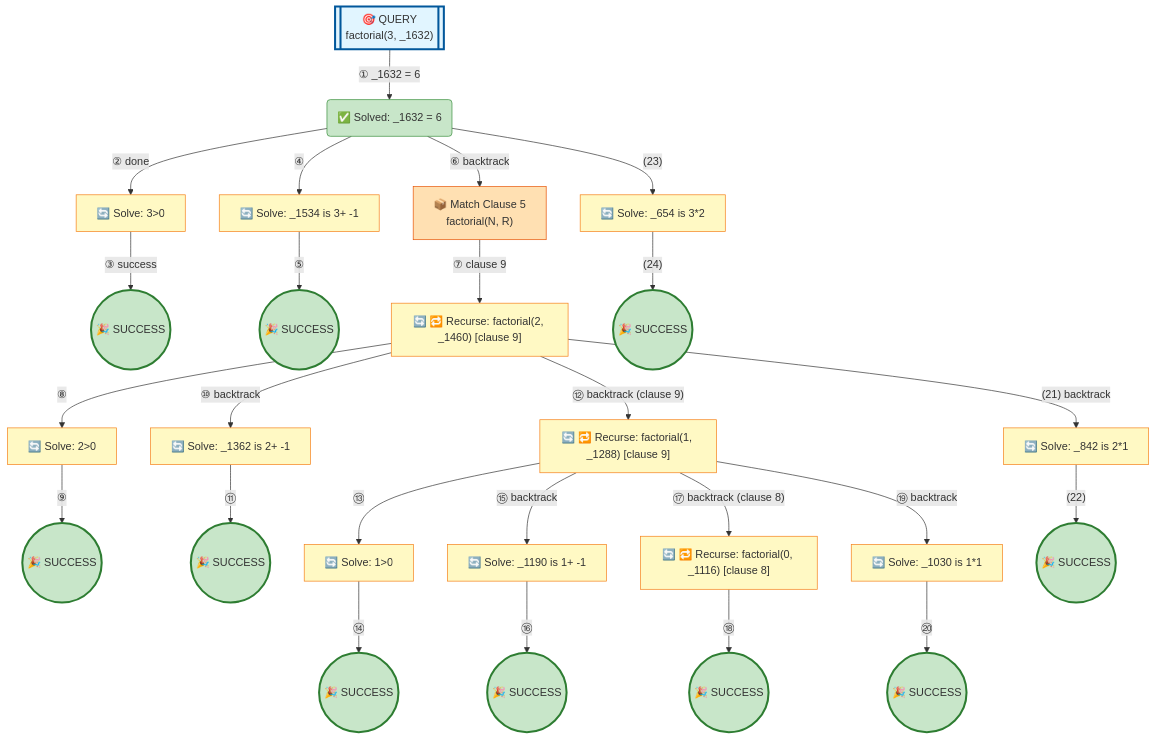
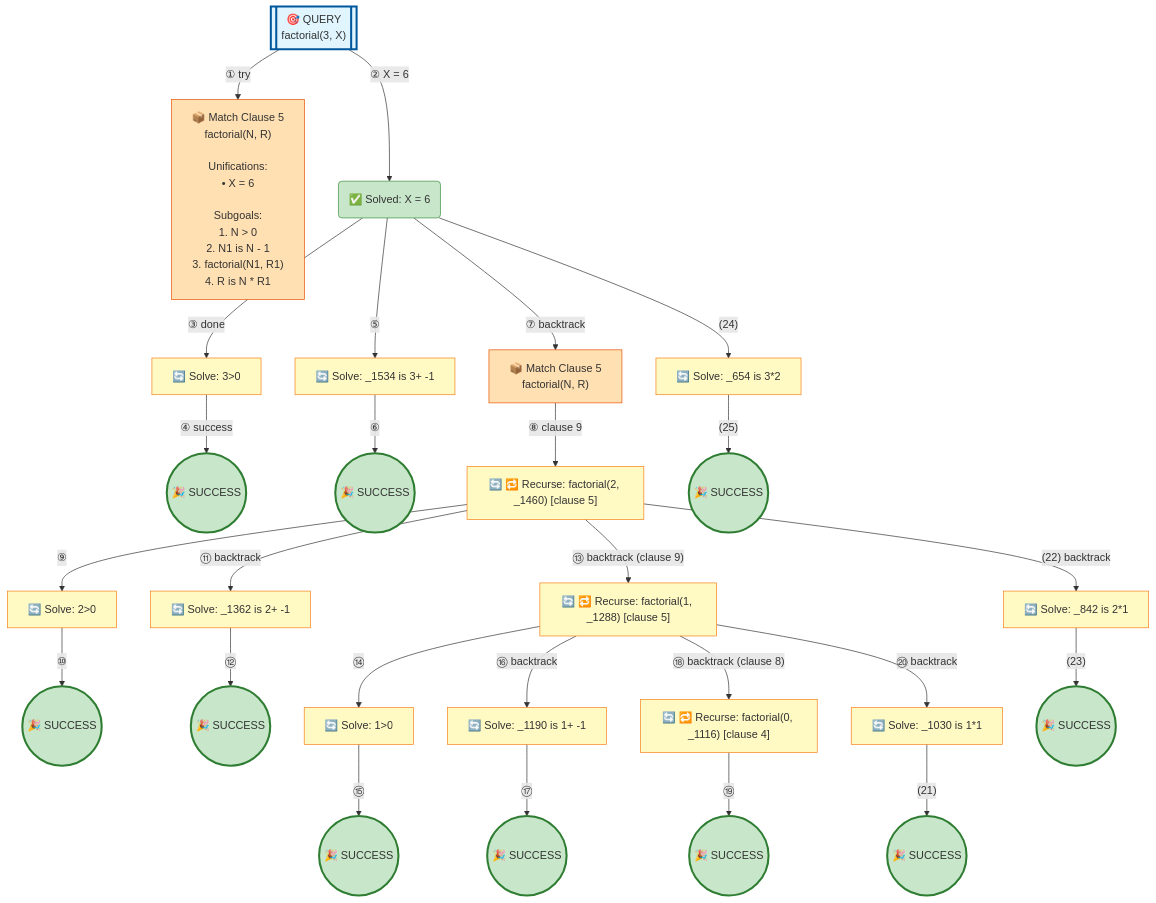
Before and after one commit to jarecsni/prolog-trace-viz: the diagram in examples/factorial-full.md, drawn with Mermaid. The commit also changed other lines of this file and 26 other files, not shown here.

````diff
--- a/examples/factorial-full.md
+++ b/examples/factorial-full.md
@@ -17,82 +17,85 @@
 graph TD
 
 %% Nodes
-A[["🎯 QUERY<br/>factorial(3, _1632)"]]
-B("✅ Solved: _1632 = 6")
-C["🔄 Solve: 3>0"]
-D(("🎉 SUCCESS"))
-E["🔄 Solve: _1534 is 3+ -1"]
-F(("🎉 SUCCESS"))
-G["📦 Match Clause 5<br/>factorial(N, R)"]
-H["🔄 🔁 Recurse: factorial(2, _1460) [clause 9]"]
-I["🔄 Solve: 2>0"]
-J(("🎉 SUCCESS"))
-K["🔄 Solve: _1362 is 2+ -1"]
-L(("🎉 SUCCESS"))
-M["🔄 🔁 Recurse: factorial(1, _1288) [clause 9]"]
-N["🔄 Solve: 1>0"]
-O(("🎉 SUCCESS"))
-P["🔄 Solve: _1190 is 1+ -1"]
-Q(("🎉 SUCCESS"))
-R["🔄 🔁 Recurse: factorial(0, _1116) [clause 8]"]
-S(("🎉 SUCCESS"))
-T["🔄 Solve: _1030 is 1*1"]
-U(("🎉 SUCCESS"))
-V["🔄 Solve: _842 is 2*1"]
-W(("🎉 SUCCESS"))
-X["🔄 Solve: _654 is 3*2"]
-Y(("🎉 SUCCESS"))
+A[["🎯 QUERY<br/>factorial(3, X)"]]
+B["📦 Match Clause 5<br/>factorial(N, R)<br/><br/>Unifications:<br/>• X = 6<br/><br/>Subgoals:<br/>1. N > 0<br/>2. N1 is N - 1<br/>3. factorial(N1, R1)<br/>4. R is N * R1"]
+C("✅ Solved: X = 6")
+D["🔄 Solve: 3>0"]
+E(("🎉 SUCCESS"))
+F["🔄 Solve: _1534 is 3+ -1"]
+G(("🎉 SUCCESS"))
+H["📦 Match Clause 5<br/>factorial(N, R)"]
+I["🔄 🔁 Recurse: factorial(2, _1460) [clause 5]"]
+J["🔄 Solve: 2>0"]
+K(("🎉 SUCCESS"))
+L["🔄 Solve: _1362 is 2+ -1"]
+M(("🎉 SUCCESS"))
+N["🔄 🔁 Recurse: factorial(1, _1288) [clause 5]"]
+O["🔄 Solve: 1>0"]
+P(("🎉 SUCCESS"))
+Q["🔄 Solve: _1190 is 1+ -1"]
+R(("🎉 SUCCESS"))
+S["🔄 🔁 Recurse: factorial(0, _1116) [clause 4]"]
+T(("🎉 SUCCESS"))
+U["🔄 Solve: _1030 is 1*1"]
+V(("🎉 SUCCESS"))
+W["🔄 Solve: _842 is 2*1"]
+X(("🎉 SUCCESS"))
+Y["🔄 Solve: _654 is 3*2"]
+Z(("🎉 SUCCESS"))
 
 %% Edges
-A -->|"① _1632 = 6"| B
-B -->|"② done"| C
-C -->|"③ success"| D
-B -->|"④"| E
-E -->|"⑤"| F
-B -->|"⑥ backtrack"| G
-G -->|"⑦ clause 9"| H
-H -->|"⑧"| I
+A -->|"① try"| B
+A -->|"② X = 6"| C
+C -->|"③ done"| D
+D -->|"④ success"| E
+C -->|"⑤"| F
+F -->|"⑥"| G
+C -->|"⑦ backtrack"| H
+H -->|"⑧ clause 9"| I
 I -->|"⑨"| J
-H -->|"⑩ backtrack"| K
-K -->|"⑪"| L
-H -->|"⑫ backtrack (clause 9)"| M
-M -->|"⑬"| N
+J -->|"⑩"| K
+I -->|"⑪ backtrack"| L
+L -->|"⑫"| M
+I -->|"⑬ backtrack (clause 9)"| N
 N -->|"⑭"| O
-M -->|"⑮ backtrack"| P
-P -->|"⑯"| Q
-M -->|"⑰ backtrack (clause 8)"| R
-R -->|"⑱"| S
-M -->|"⑲ backtrack"| T
-T -->|"⑳"| U
-H -->|"(21) backtrack"| V
-V -->|"(22)"| W
-B -->|"(23)"| X
-X -->|"(24)"| Y
+O -->|"⑮"| P
+N -->|"⑯ backtrack"| Q
+Q -->|"⑰"| R
+N -->|"⑱ backtrack (clause 8)"| S
+S -->|"⑲"| T
+N -->|"⑳ backtrack"| U
+U -->|"(21)"| V
+I -->|"(22) backtrack"| W
+W -->|"(23)"| X
+C -->|"(24)"| Y
+Y -->|"(25)"| Z
 
 %% Styles
 style A fill:#e1f5ff,stroke:#01579b,stroke-width:3px
-style B fill:#c8e6c9,stroke:#388e3c
-style C fill:#fff9c4,stroke:#f57f17
-style D fill:#c8e6c9,stroke:#2e7d32,stroke-width:3px
-style E fill:#fff9c4,stroke:#f57f17
-style F fill:#c8e6c9,stroke:#2e7d32,stroke-width:3px
-style G fill:#ffe0b2,stroke:#e65100
-style H fill:#fff9c4,stroke:#f57f17
+style B fill:#ffe0b2,stroke:#e65100
+style C fill:#c8e6c9,stroke:#388e3c
+style D fill:#fff9c4,stroke:#f57f17
+style E fill:#c8e6c9,stroke:#2e7d32,stroke-width:3px
+style F fill:#fff9c4,stroke:#f57f17
+style G fill:#c8e6c9,stroke:#2e7d32,stroke-width:3px
+style H fill:#ffe0b2,stroke:#e65100
 style I fill:#fff9c4,stroke:#f57f17
-style J fill:#c8e6c9,stroke:#2e7d32,stroke-width:3px
-style K fill:#fff9c4,stroke:#f57f17
-style L fill:#c8e6c9,stroke:#2e7d32,stroke-width:3px
-style M fill:#fff9c4,stroke:#f57f17
+style J fill:#fff9c4,stroke:#f57f17
+style K fill:#c8e6c9,stroke:#2e7d32,stroke-width:3px
+style L fill:#fff9c4,stroke:#f57f17
+style M fill:#c8e6c9,stroke:#2e7d32,stroke-width:3px
 style N fill:#fff9c4,stroke:#f57f17
-style O fill:#c8e6c9,stroke:#2e7d32,stroke-width:3px
-style P fill:#fff9c4,stroke:#f57f17
-style Q fill:#c8e6c9,stroke:#2e7d32,stroke-width:3px
-style R fill:#fff9c4,stroke:#f57f17
-style S fill:#c8e6c9,stroke:#2e7d32,stroke-width:3px
-style T fill:#fff9c4,stroke:#f57f17
-style U fill:#c8e6c9,stroke:#2e7d32,stroke-width:3px
-style V fill:#fff9c4,stroke:#f57f17
-style W fill:#c8e6c9,stroke:#2e7d32,stroke-width:3px
-style X fill:#fff9c4,stroke:#f57f17
-style Y fill:#c8e6c9,stroke:#2e7d32,stroke-width:3px
+style O fill:#fff9c4,stroke:#f57f17
+style P fill:#c8e6c9,stroke:#2e7d32,stroke-width:3px
+style Q fill:#fff9c4,stroke:#f57f17
+style R fill:#c8e6c9,stroke:#2e7d32,stroke-width:3px
+style S fill:#fff9c4,stroke:#f57f17
+style T fill:#c8e6c9,stroke:#2e7d32,stroke-width:3px
+style U fill:#fff9c4,stroke:#f57f17
+style V fill:#c8e6c9,stroke:#2e7d32,stroke-width:3px
+style W fill:#fff9c4,stroke:#f57f17
+style X fill:#c8e6c9,stroke:#2e7d32,stroke-width:3px
+style Y fill:#fff9c4,stroke:#f57f17
+style Z fill:#c8e6c9,stroke:#2e7d32,stroke-width:3px
 ```
````
